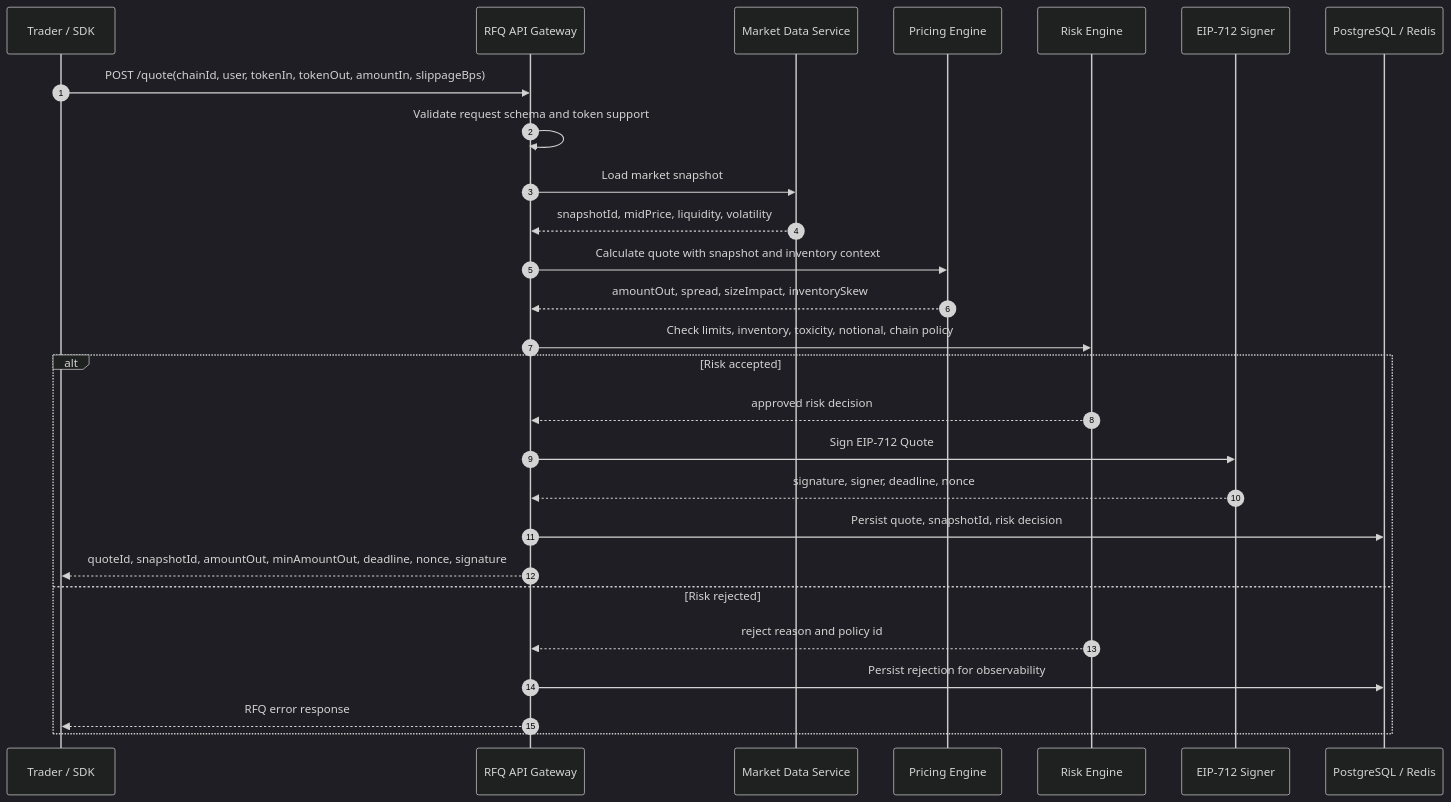
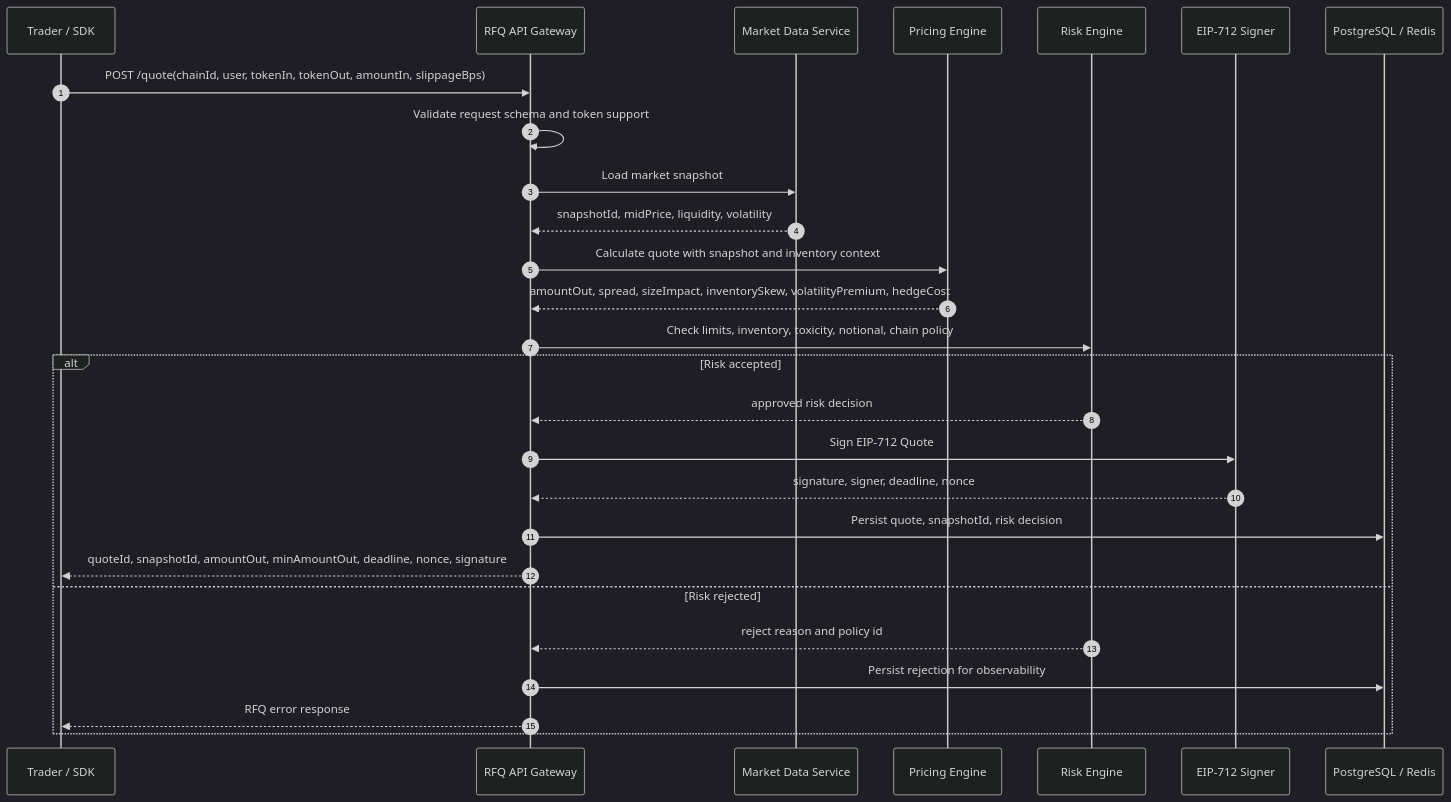
One commit to alvis-ai/production-grade-web3-rfq-market-maker changed the diagram in docs/diagrams/quote-sequence.md. Above: the diagram before and after it, drawn with Mermaid (dark theme). The commit also changed 53 other files, not shown here.

````diff
--- a/docs/diagrams/quote-sequence.md
+++ b/docs/diagrams/quote-sequence.md
@@ -5,30 +5,30 @@
 ```mermaid
 sequenceDiagram
   autonumber
   participant User as Trader / SDK
   participant API as RFQ API Gateway
   participant MD as Market Data Service
   participant Pricing as Pricing Engine
   participant Risk as Risk Engine
   participant Signer as EIP-712 Signer
   participant Store as PostgreSQL / Redis
 
   User->>API: POST /quote(chainId, user, tokenIn, tokenOut, amountIn, slippageBps)
   API->>API: Validate request schema and token support
   API->>MD: Load market snapshot
   MD-->>API: snapshotId, midPrice, liquidity, volatility
   API->>Pricing: Calculate quote with snapshot and inventory context
-  Pricing-->>API: amountOut, spread, sizeImpact, inventorySkew
+  Pricing-->>API: amountOut, spread, sizeImpact, inventorySkew, volatilityPremium, hedgeCost
   API->>Risk: Check limits, inventory, toxicity, notional, chain policy
   alt Risk accepted
     Risk-->>API: approved risk decision
     API->>Signer: Sign EIP-712 Quote
     Signer-->>API: signature, signer, deadline, nonce
     API->>Store: Persist quote, snapshotId, risk decision
     API-->>User: quoteId, snapshotId, amountOut, minAmountOut, deadline, nonce, signature
   else Risk rejected
     Risk-->>API: reject reason and policy id
     API->>Store: Persist rejection for observability
     API-->>User: RFQ error response
   end
 ```
````
